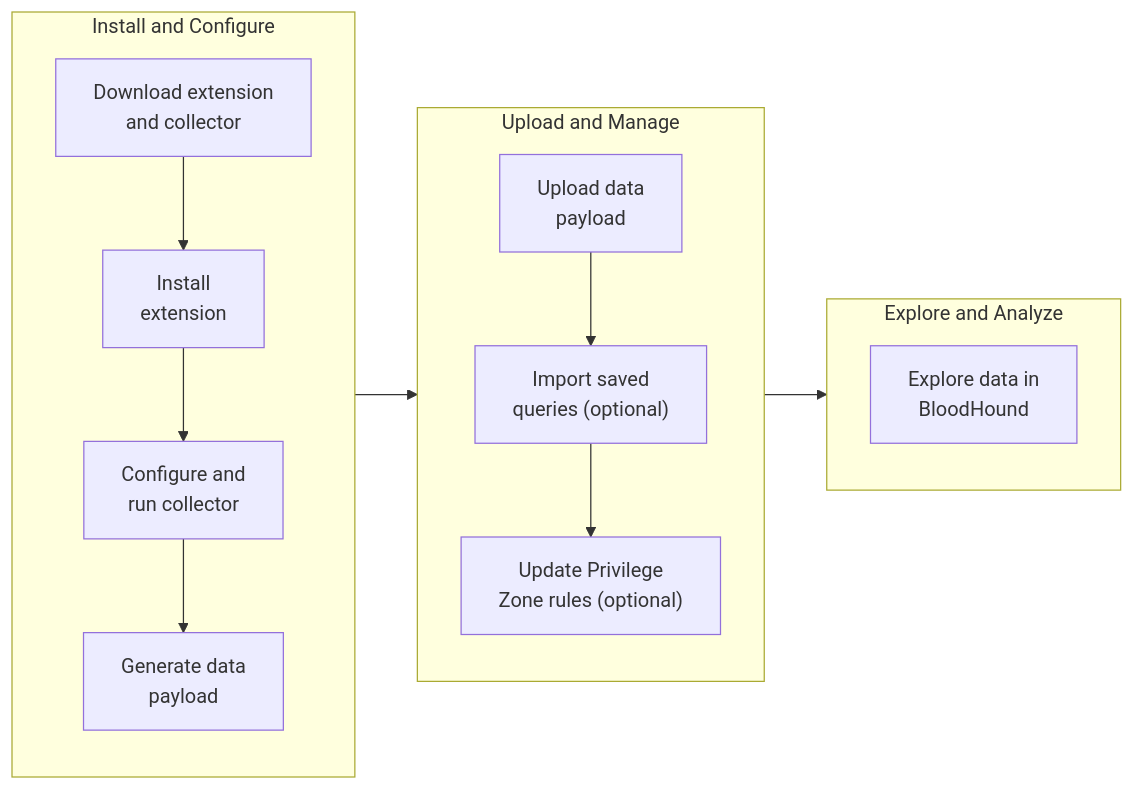
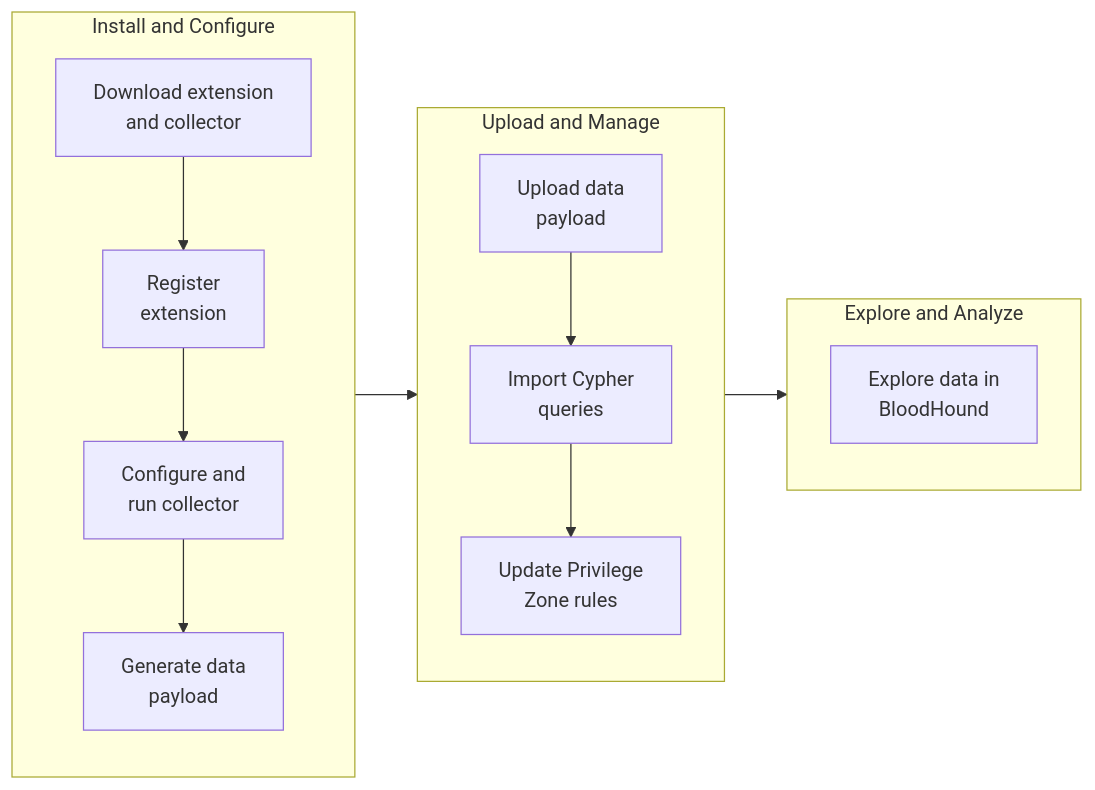
Before and after one commit to SpecterOps/bloodhound-docs: the diagram in docs/opengraph/extensions/manage.mdx, drawn with Mermaid. The commit also changed other lines of this file, not shown here.

````diff
--- a/docs/opengraph/extensions/manage.mdx
+++ b/docs/opengraph/extensions/manage.mdx
@@ -57,20 +57,20 @@
 ```mermaid
 flowchart LR
 	subgraph prepare[Install and Configure]
 		a["Download extension<br/>and collector"]
-        a-->b["Install<br/>extension"]
+        a-->b["Register<br/>extension"]
         b-->c["Configure and<br/>run collector"]
         c-->d["Generate data<br/>payload"]
     end
 
 	subgraph upload[Upload and Manage]
 		f["Upload data<br/>payload"]
-        f-->g["Import saved<br/>queries (optional)"]
-		g-->h["Update Privilege<br/>Zone rules (optional)"]
+        f-->g["Import Cypher<br/>queries"]
+		g-->h["Update Privilege<br/>Zone rules"]
 	end
 
 	subgraph use[Explore and Analyze]
 		i["Explore data in<br/>BloodHound"]
 	end
     prepare-->upload-->use
 ```
````
